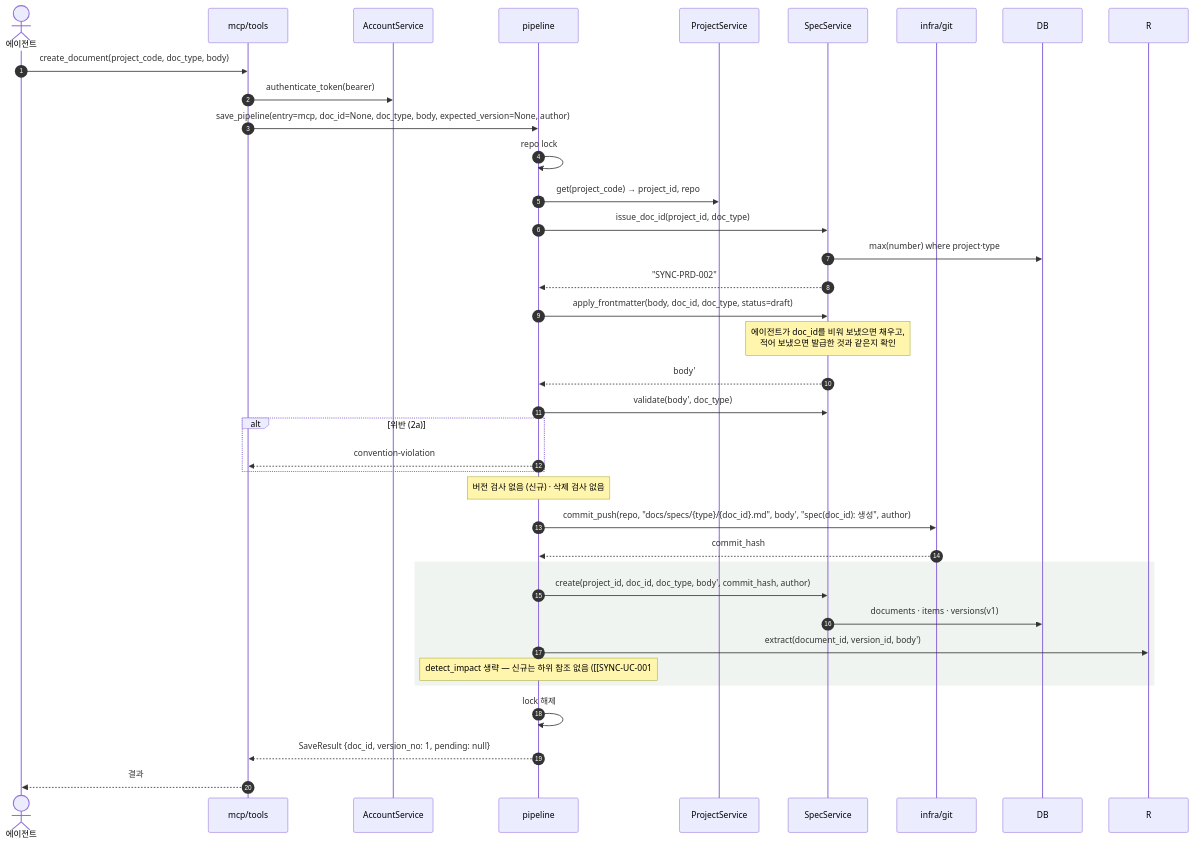
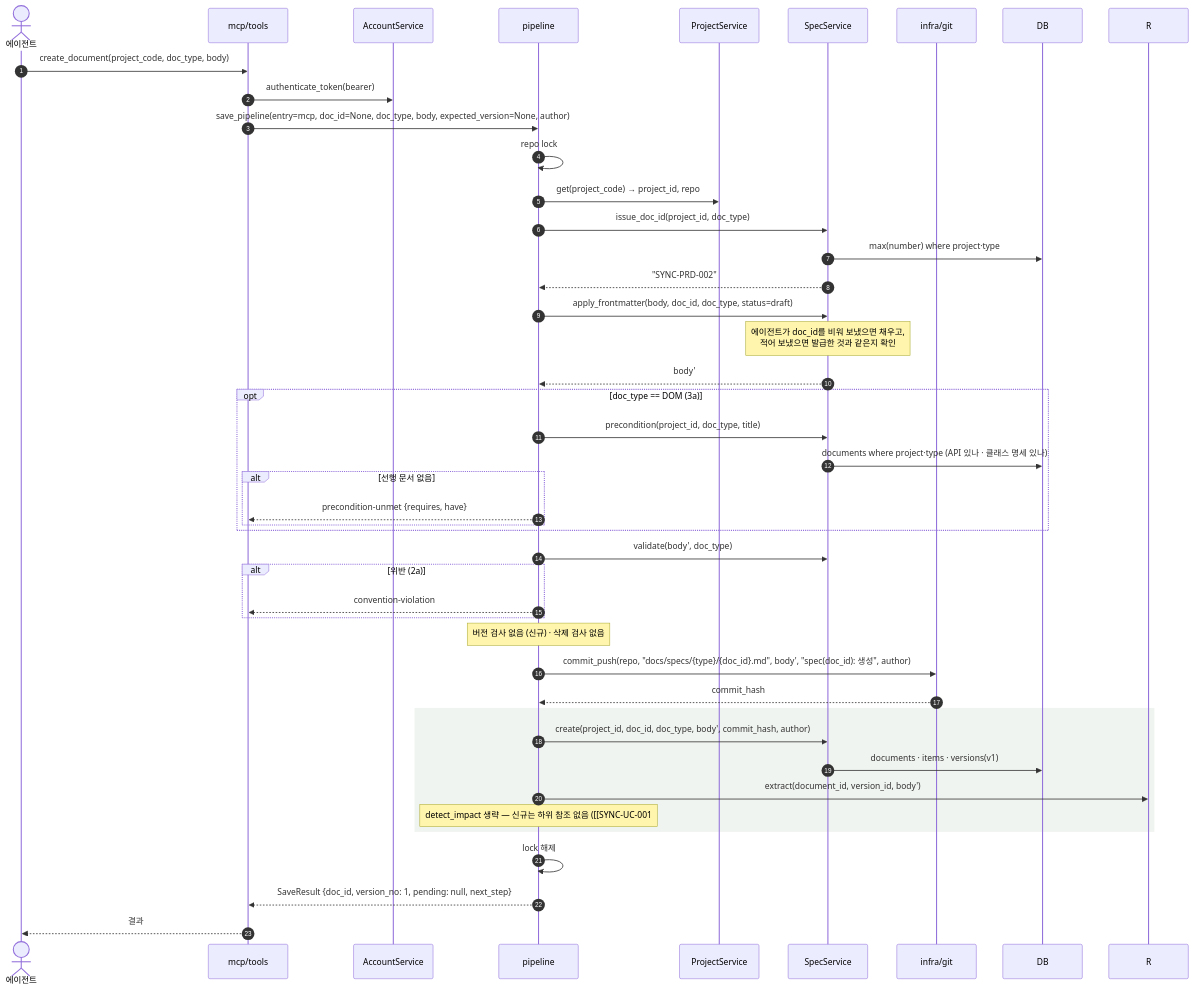
Diagram 19 of 23 in docs/specs/09-SEQ/SYNC-SEQ-001.md (HoyoungParkme/syncdoc), drawn with Mermaid before and after one commit. The commit also changed other lines of this file and 25 other files, not shown here.

````diff
--- a/docs/specs/09-SEQ/SYNC-SEQ-001.md
+++ b/docs/specs/09-SEQ/SYNC-SEQ-001.md
@@ -954,40 +954,47 @@
 ```mermaid
 sequenceDiagram
     autonumber
     actor A as 에이전트
     participant T as mcp/tools
     participant AC as AccountService
     participant P as pipeline
     participant PS as ProjectService
     participant S as SpecService
     participant G as infra/git
     participant DB
 
     A->>T: create_document(project_code, doc_type, body)
     T->>AC: authenticate_token(bearer)
     T->>P: save_pipeline(entry=mcp, doc_id=None, doc_type, body, expected_version=None, author)
     P->>P: repo lock
     P->>PS: get(project_code) → project_id, repo
     P->>S: issue_doc_id(project_id, doc_type)
     S->>DB: max(number) where project·type
     S-->>P: "SYNC-PRD-002"
     P->>S: apply_frontmatter(body, doc_id, doc_type, status=draft)
     Note over S: 에이전트가 doc_id를 비워 보냈으면 채우고,<br/>적어 보냈으면 발급한 것과 같은지 확인
     S-->>P: body'
+    opt doc_type == DOM (3a)
+        P->>S: precondition(project_id, doc_type, title)
+        S->>DB: documents where project·type (API 있나 · 클래스 명세 있나)
+        alt 선행 문서 없음
+            P-->>T: precondition-unmet {requires, have}
+        end
+    end
     P->>S: validate(body', doc_type)
     alt 위반 (2a)
         P-->>T: convention-violation
     end
     Note over P: 버전 검사 없음 (신규) · 삭제 검사 없음
     P->>G: commit_push(repo, "docs/specs/{type}/{doc_id}.md", body', "spec(doc_id): 생성", author)
     G-->>P: commit_hash
     rect rgb(240,244,240)
         P->>S: create(project_id, doc_id, doc_type, body', commit_hash, author)
         S->>DB: documents · items · versions(v1)
         P->>R: extract(document_id, version_id, body')
         Note over P: detect_impact 생략 — 신규는 하위 참조 없음 ([[SYNC-UC-001#UC-S3]] 1a)
     end
     P->>P: lock 해제
-    P-->>T: SaveResult {doc_id, version_no: 1, pending: null}
+    P-->>T: SaveResult {doc_id, version_no: 1, pending: null, next_step}
     T-->>A: 결과
 ```
````
